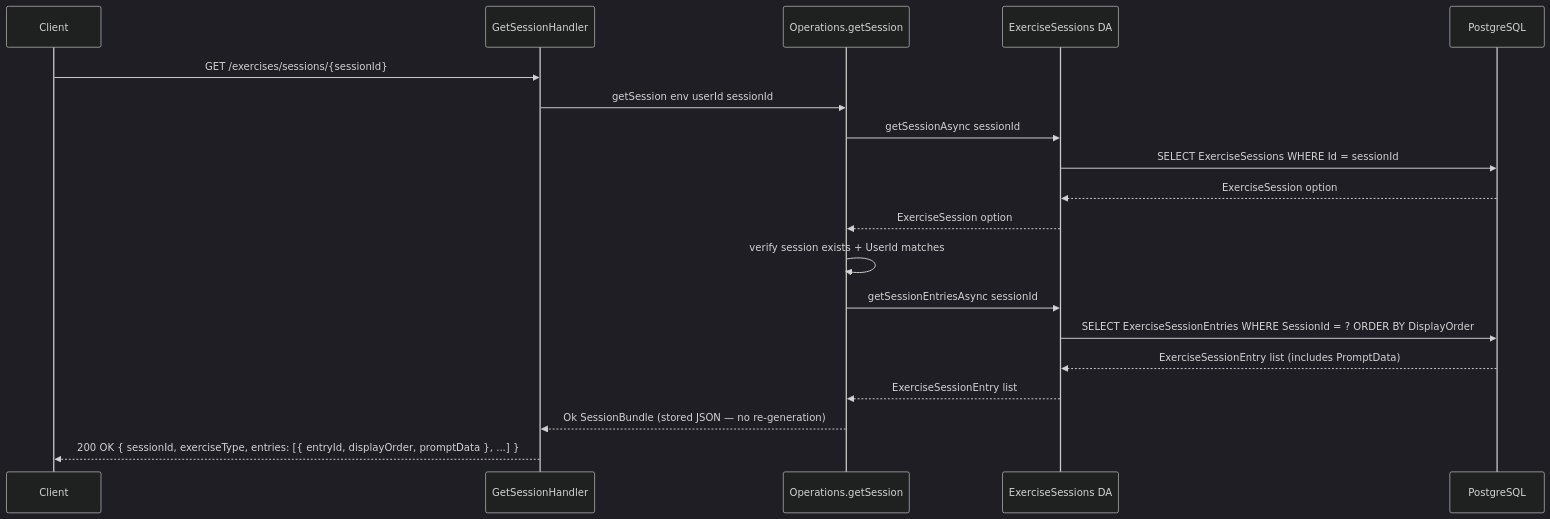
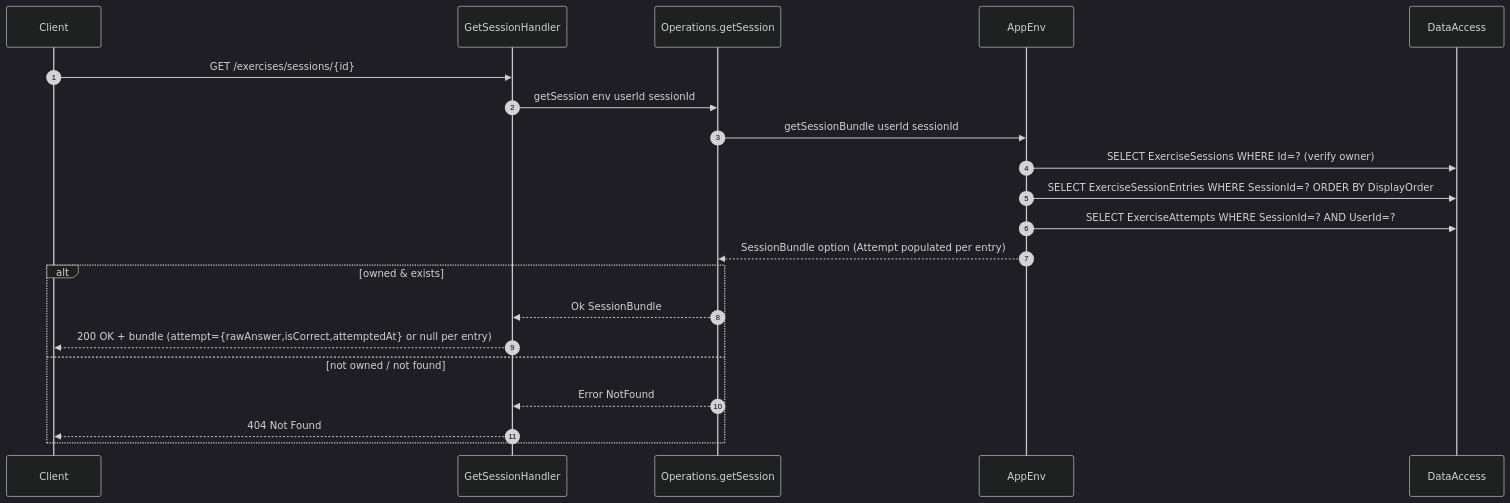
Before and after one commit to kgorbenko/wordfolio: the sixth of 9 diagrams in docs/exercises/diagrams.md, drawn with Mermaid (dark theme). The commit also changed other lines of this file and 6 other files, not shown here.

First line of the commit message:
docs: update exercise design with server-side evaluation and revised schema

````diff
--- a/docs/exercises/diagrams.md
+++ b/docs/exercises/diagrams.md
@@ -181,25 +241,26 @@
 ```mermaid
 sequenceDiagram
-    participant Client
-    participant Handler as GetSessionHandler
-    participant Ops as Operations.getSession
-    participant DA as ExerciseSessions DA
-    participant PG as PostgreSQL
+    autonumber
+    participant C as Client
+    participant H as GetSessionHandler
+    participant O as Operations.getSession
+    participant E as AppEnv
+    participant DA as DataAccess
 
-    Client->>Handler: GET /exercises/sessions/{sessionId}
-    Handler->>Ops: getSession env userId sessionId
+    C->>H: GET /exercises/sessions/{id}
+    H->>O: getSession env userId sessionId
 
-    Ops->>DA: getSessionAsync sessionId
-    DA->>PG: SELECT ExerciseSessions WHERE Id = sessionId
-    PG-->>DA: ExerciseSession option
-    DA-->>Ops: ExerciseSession option
-    Ops->>Ops: verify session exists + UserId matches
+    O->>E: getSessionBundle userId sessionId
+    E->>DA: SELECT ExerciseSessions WHERE Id=? (verify owner)
+    E->>DA: SELECT ExerciseSessionEntries WHERE SessionId=? ORDER BY DisplayOrder
+    E->>DA: SELECT ExerciseAttempts WHERE SessionId=? AND UserId=?
+    E-->>O: SessionBundle option (Attempt populated per entry)
 
-    Ops->>DA: getSessionEntriesAsync sessionId
-    DA->>PG: SELECT ExerciseSessionEntries WHERE SessionId = ? ORDER BY DisplayOrder
-    PG-->>DA: ExerciseSessionEntry list (includes PromptData)
-    DA-->>Ops: ExerciseSessionEntry list
-
-    Ops-->>Handler: Ok SessionBundle (stored JSON — no re-generation)
-    Handler-->>Client: 200 OK { sessionId, exerciseType, entries: [{ entryId, displayOrder, promptData }, ...] }
+    alt owned & exists
+        O-->>H: Ok SessionBundle
+        H-->>C: 200 OK + bundle (attempt={rawAnswer,isCorrect,attemptedAt} or null per entry)
+    else not owned / not found
+        O-->>H: Error NotFound
+        H-->>C: 404 Not Found
+    end
 ```
````
